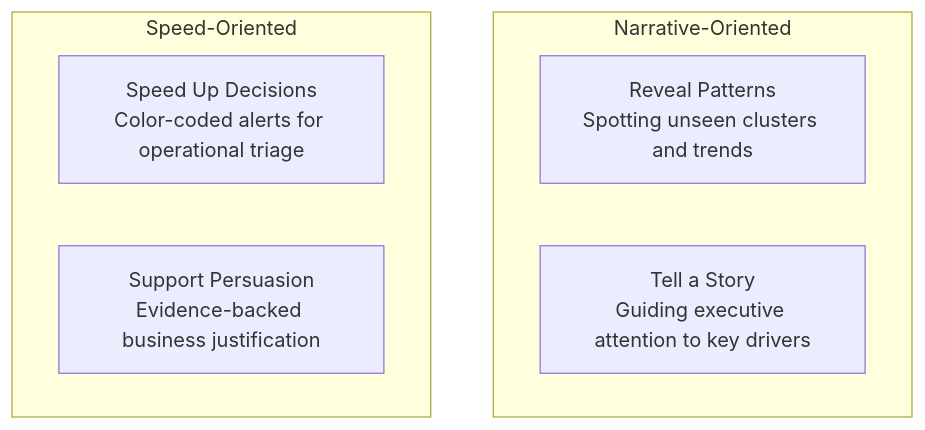
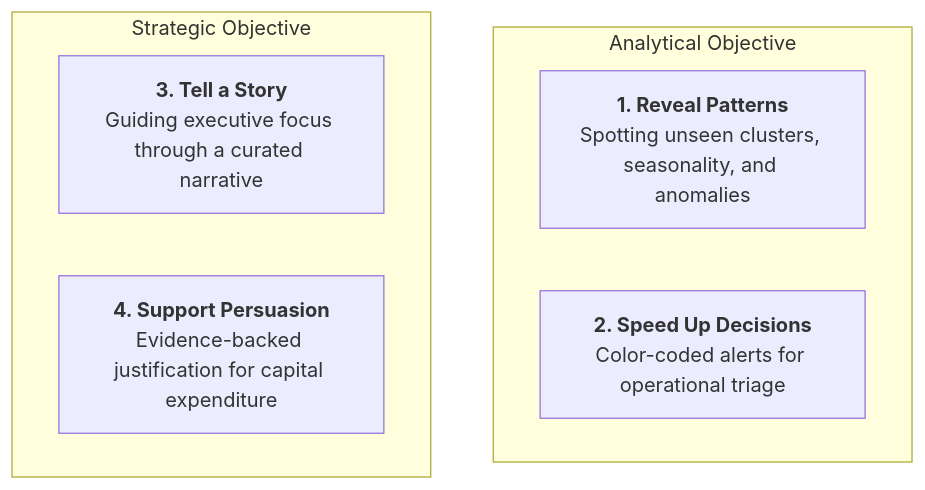
One commit to DeepLumiere/DeepSkills changed the fourth of 9 diagrams in notes/data_analysis/Chapter8_Business_Data_Visualization_Definition_Purpose_Usage.md. Above: the diagram before and after it, drawn with Mermaid. The commit also changed other lines of this file and 8 other files, not shown here.

````diff
--- a/notes/data_analysis/Chapter8_Business_Data_Visualization_Definition_Purpose_Usage.md
+++ b/notes/data_analysis/Chapter8_Business_Data_Visualization_Definition_Purpose_Usage.md
@@ -173,11 +106,11 @@
 ```mermaid
 flowchart TD
-    subgraph Narrative-Oriented
-        Q2["Reveal Patterns<br/>Spotting unseen clusters and trends"]
-        Q1["Tell a Story<br/>Guiding executive attention to key drivers"]
+    subgraph Analytical Objective
+        P1["<b>1. Reveal Patterns</b><br/>Spotting unseen clusters, seasonality, and anomalies"]
+        P2["<b>2. Speed Up Decisions</b><br/>Color-coded alerts for operational triage"]
     end
-    subgraph Speed-Oriented
-        Q3["Speed Up Decisions<br/>Color-coded alerts for operational triage"]
-        Q4["Support Persuasion<br/>Evidence-backed business justification"]
+    subgraph Strategic Objective
+        P3["<b>3. Tell a Story</b><br/>Guiding executive focus through a curated narrative"]
+        P4["<b>4. Support Persuasion</b><br/>Evidence-backed justification for capital expenditure"]
     end
 ```
````
